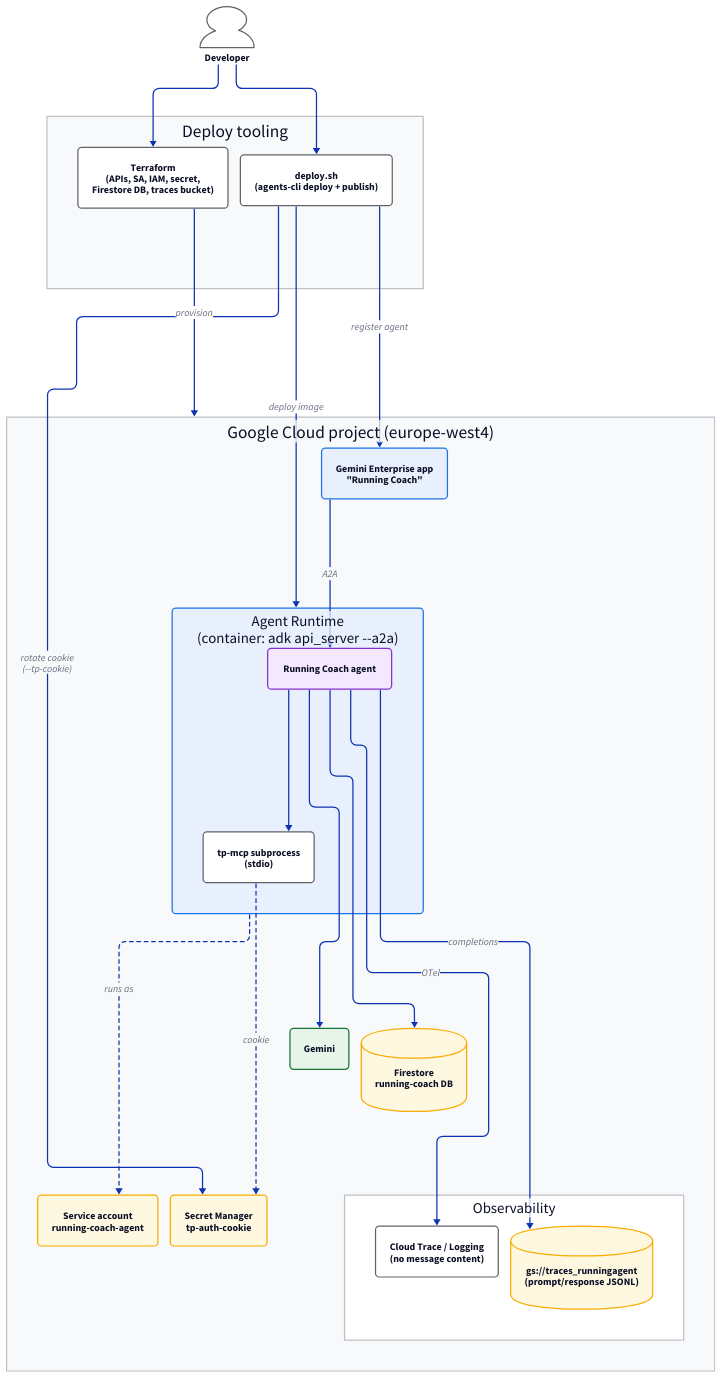
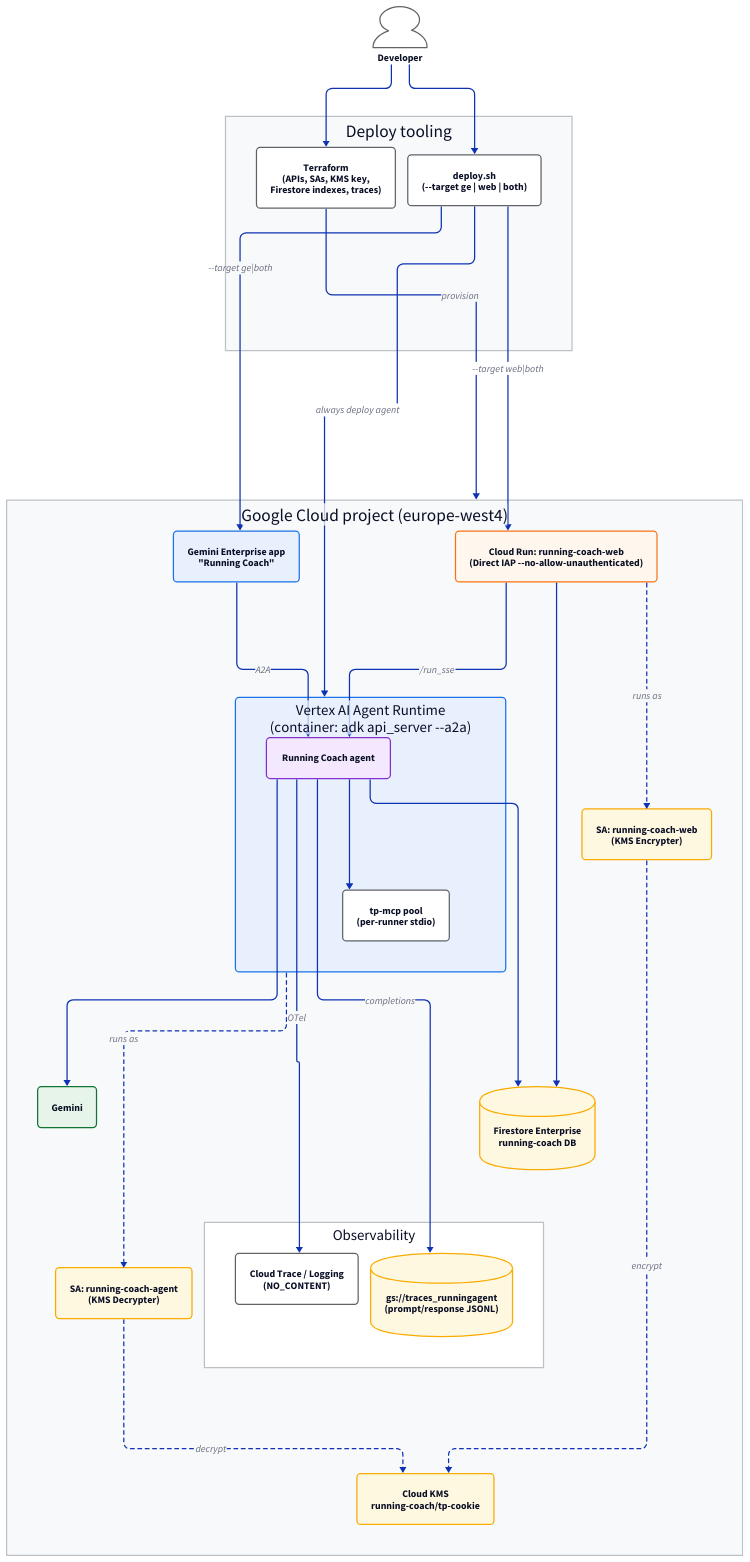
The diagram in docs/diagrams/05_deployment.d2 (cy-visser/runningagent), drawn with D2 before and after one commit. The commit also changed 116 other files, not shown here.

```diff
--- a/docs/diagrams/05_deployment.d2
+++ b/docs/diagrams/05_deployment.d2
@@ -1,65 +1,74 @@
 direction: down
 
 vars: {
   d2-config: {
     layout-engine: elk
   }
 }
 
 classes: {
   person: {shape: person; style.fill: "#ffffff"; style.stroke: "#5f6368"}
   compute: {style.fill: "#e8f0fe"; style.stroke: "#1a73e8"; style.border-radius: 6}
+  web: {style.fill: "#fff7ed"; style.stroke: "#f97316"; style.border-radius: 6}
   ai: {style.fill: "#e6f4ea"; style.stroke: "#137333"; style.border-radius: 6}
   sec: {style.fill: "#fff8e1"; style.stroke: "#f9ab00"; style.border-radius: 6}
   data: {shape: cylinder; style.fill: "#fff8e1"; style.stroke: "#f9ab00"}
   core: {style.fill: "#f3e8fd"; style.stroke: "#8430ce"; style.border-radius: 6; style.bold: true}
   tool: {style.fill: "#ffffff"; style.stroke: "#5f6368"; style.border-radius: 6}
 }
 
 dev: "Developer" {class: person}
 
 tooling: "Deploy tooling" {
   style.fill: "#f8f9fa"
   style.stroke: "#bdc1c6"
-  tf: "Terraform\n(APIs, SA, IAM, secret,\nFirestore DB, traces bucket)" {class: tool}
-  deploy: "deploy.sh\n(agents-cli deploy + publish)" {class: tool}
+  tf: "Terraform\n(APIs, SAs, KMS key,\nFirestore indexes, traces)" {class: tool}
+  deploy: "deploy.sh\n(--target ge | web | both)" {class: tool}
 }
 
 gcp: "Google Cloud project (europe-west4)" {
   style.fill: "#f8f9fa"
   style.stroke: "#bdc1c6"
 
   ge: "Gemini Enterprise app\n\"Running Coach\"" {class: compute}
-  runtime: "Agent Runtime\n(container: adk api_server --a2a)" {
+  webapp: "Cloud Run: running-coach-web\n(Direct IAP --no-allow-unauthenticated)" {class: web}
+
+  runtime: "Vertex AI Agent Runtime\n(container: adk api_server --a2a)" {
     class: compute
     agent: "Running Coach agent" {class: core}
-    mcp: "tp-mcp subprocess\n(stdio)" {class: tool}
+    mcp: "tp-mcp pool\n(per-runner stdio)" {class: tool}
     agent -> mcp
   }
-  sa: "Service account\nrunning-coach-agent" {class: sec}
-  secret: "Secret Manager\ntp-auth-cookie" {class: sec}
+
+  agent_sa: "SA: running-coach-agent\n(KMS Decrypter)" {class: sec}
+  web_sa: "SA: running-coach-web\n(KMS Encrypter)" {class: sec}
+  kms: "Cloud KMS\nrunning-coach/tp-cookie" {class: sec}
   gemini: "Gemini" {class: ai}
-  firestore: "Firestore\nrunning-coach DB" {class: data}
+  firestore: "Firestore Enterprise\nrunning-coach DB" {class: data}
 
   telemetry: "Observability" {
     style.fill: "#ffffff"
     style.stroke: "#bdc1c6"
-    trace: "Cloud Trace / Logging\n(no message content)" {class: tool}
+    trace: "Cloud Trace / Logging\n(NO_CONTENT)" {class: tool}
     gcs: "gs://traces_runningagent\n(prompt/response JSONL)" {class: data}
   }
 
   ge -> runtime.agent: "A2A"
-  runtime -> sa: "runs as" {style.stroke-dash: 3}
-  runtime.mcp -> secret: "cookie" {style.stroke-dash: 3}
+  webapp -> runtime.agent: "/run_sse"
+  webapp -> web_sa: "runs as" {style.stroke-dash: 3}
+  runtime -> agent_sa: "runs as" {style.stroke-dash: 3}
+  web_sa -> kms: "encrypt" {style.stroke-dash: 3}
+  agent_sa -> kms: "decrypt" {style.stroke-dash: 3}
+  webapp -> firestore
   runtime.agent -> gemini
   runtime.agent -> firestore
   runtime.agent -> telemetry.trace: "OTel"
   runtime.agent -> telemetry.gcs: "completions"
 }
 
 dev -> tooling.tf
 dev -> tooling.deploy
 tooling.tf -> gcp: "provision"
-tooling.deploy -> gcp.runtime: "deploy image"
-tooling.deploy -> gcp.ge: "register agent"
-tooling.deploy -> gcp.secret: "rotate cookie\n(--tp-cookie)"
+tooling.deploy -> gcp.runtime: "always deploy agent"
+tooling.deploy -> gcp.ge: "--target ge|both"
+tooling.deploy -> gcp.webapp: "--target web|both"
```
